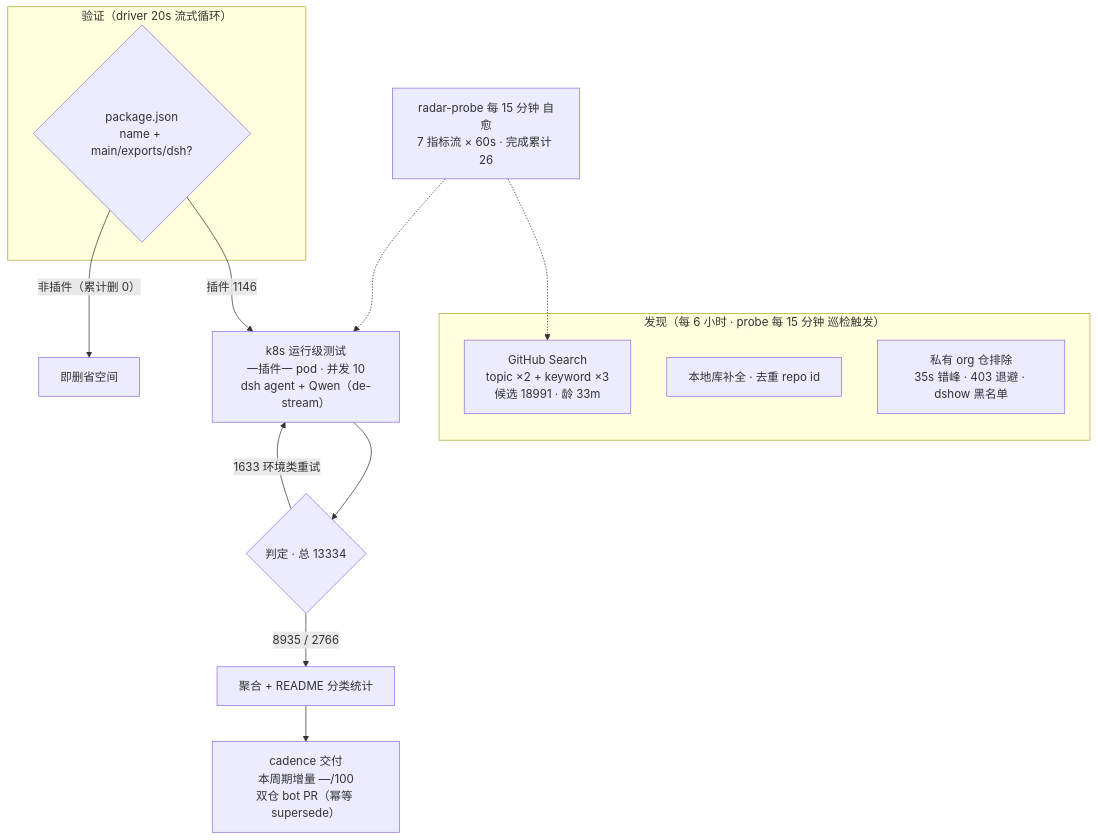
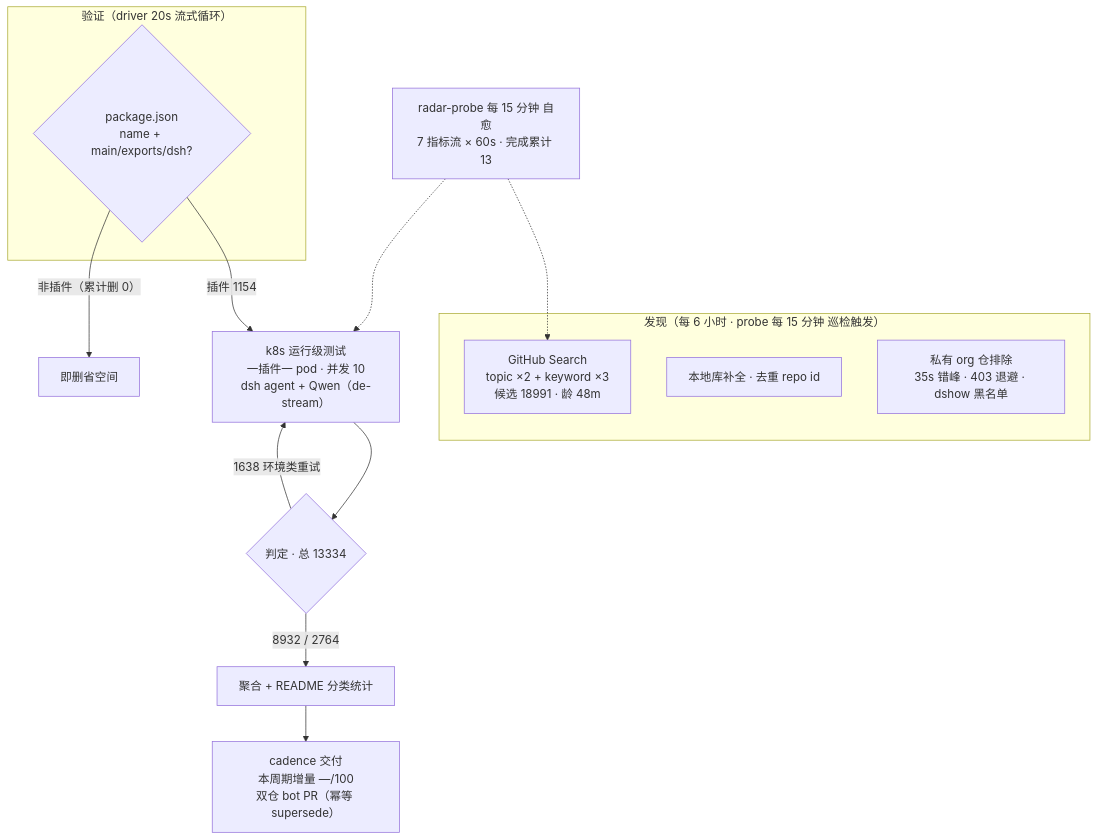
One commit to Zhidao-Lab-OSS/awesome-dsh-plugins changed the diagram in README.md. Above: the diagram before and after it, drawn with Mermaid. The commit also changed other lines of this file and 1 other file, not shown here.

````diff
--- a/README.md
+++ b/README.md
@@ -53,20 +54,20 @@
 ```mermaid
 flowchart TB
     subgraph Discovery["发现（每 6 小时 · probe 每 15 分钟 巡检触发）"]
-        A1["GitHub Search<br/>topic ×2 + keyword ×3<br/>候选 18991 · 龄 33m"]
+        A1["GitHub Search<br/>topic ×2 + keyword ×3<br/>候选 18991 · 龄 48m"]
         A2["本地库补全 · 去重 repo id"]
         A3["私有 org 仓排除<br/>35s 错峰 · 403 退避 · dshow 黑名单"]
     end
     subgraph Validation["验证（driver 20s 流式循环）"]
         B1{"package.json<br/>name + main/exports/dsh?"}
     end
-    B1 -->|"插件 1146"| C1["k8s 运行级测试<br/>一插件一 pod · 并发 10<br/>dsh agent + Qwen（de-stream）"]
+    B1 -->|"插件 1154"| C1["k8s 运行级测试<br/>一插件一 pod · 并发 10<br/>dsh agent + Qwen（de-stream）"]
     B1 -->|"非插件（累计删 0）"| B3["即删省空间"]
     C1 --> D1{"判定 · 总 13334"}
-    D1 -->|"8935 / 2766"| E1["聚合 + README 分类统计"]
-    D1 -->|"1633 环境类重试"| C1
+    D1 -->|"8932 / 2764"| E1["聚合 + README 分类统计"]
+    D1 -->|"1638 环境类重试"| C1
     E1 --> E2["cadence 交付<br/>本周期增量 —/100<br/>双仓 bot PR（幂等 supersede）"]
-    M["radar-probe 每 15 分钟 自愈<br/>7 指标流 × 60s · 完成累计 26"]
+    M["radar-probe 每 15 分钟 自愈<br/>7 指标流 × 60s · 完成累计 13"]
     M -.-> A1
     M -.-> C1
 ```
````
